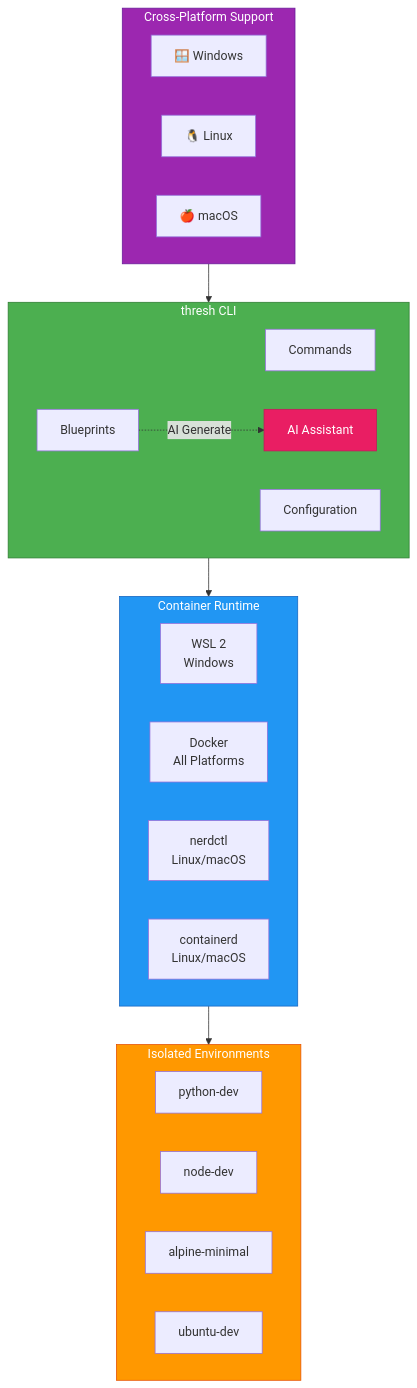
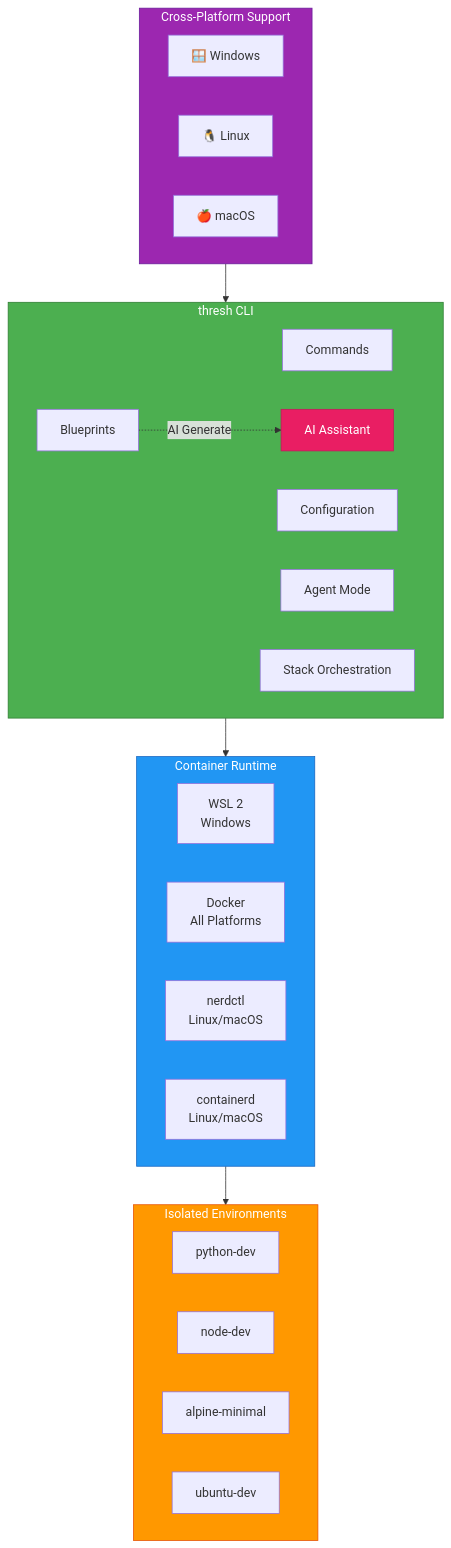
One commit to dealer426/thresh changed the diagram in website/docs/getting-started-macos.md. Above: the diagram before and after it, drawn with Mermaid. The commit also changed 19 other files, not shown here.

````diff
--- a/website/docs/getting-started-macos.md
+++ b/website/docs/getting-started-macos.md
@@ -19,41 +19,43 @@
 ```mermaid
 graph TB
     subgraph Platforms["Cross-Platform Support"]
         direction LR
         Win[🪟 Windows]
         Lin[🐧 Linux]
         Mac[🍎 macOS]
     end
     
     subgraph CLI["thresh CLI"]
         Commands[Commands]
         Blueprints[Blueprints]
         Config[Configuration]
         AI[AI Assistant]
+        Agent[Agent Mode]
+        Stacks[Stack Orchestration]
     end
     
     subgraph Runtime["Container Runtime"]
         WSL[WSL 2<br/>Windows]
         Docker[Docker<br/>All Platforms]
         Nerdctl[nerdctl<br/>Linux/macOS]
         Containerd[containerd<br/>Linux/macOS]
     end
     
     subgraph Envs["Isolated Environments"]
         E1[python-dev]
         E2[node-dev]
         E3[alpine-minimal]
         E4[ubuntu-dev]
     end
     
     Platforms --> CLI
     CLI --> Runtime
     Runtime --> Envs
     Blueprints -.->|AI Generate| AI
     
     style CLI fill:#4CAF50,stroke:#2E7D32,color:#fff
     style Runtime fill:#2196F3,stroke:#1565C0,color:#fff
     style Envs fill:#FF9800,stroke:#E65100,color:#fff
     style Platforms fill:#9C27B0,stroke:#6A1B9A,color:#fff
     style AI fill:#E91E63,stroke:#C2185B,color:#fff
 ```
````
